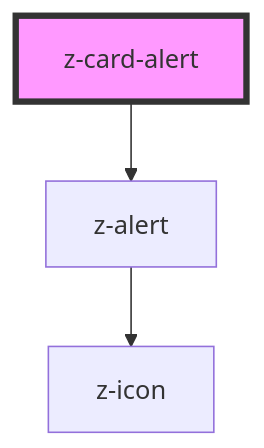
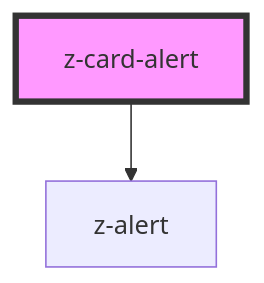
Before and after one commit to ZanichelliEditore/design-system: the diagram in src/components/card/z-card-alert/readme.md, drawn with Mermaid. The commit also changed 3 other files, not shown here.

````diff
--- a/src/components/card/z-card-alert/readme.md
+++ b/src/components/card/z-card-alert/readme.md
@@ -33,6 +33,5 @@
 ```mermaid
 graph TD;
   z-card-alert --> z-alert
-  z-alert --> z-icon
   style z-card-alert fill:#f9f,stroke:#333,stroke-width:4px
 ```
````
